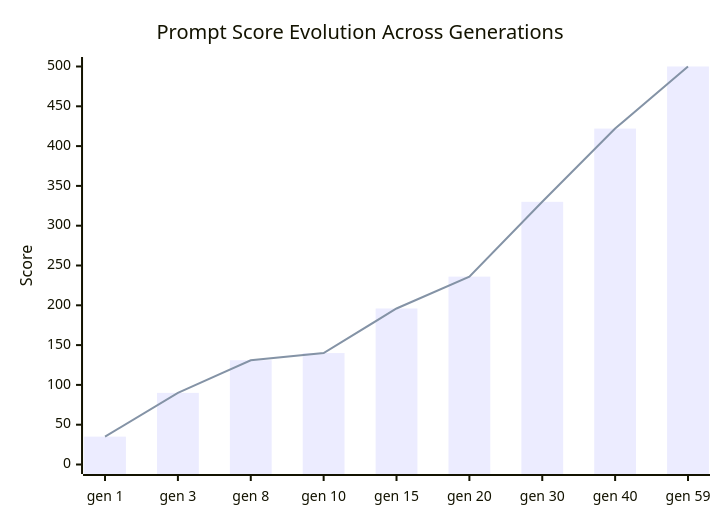
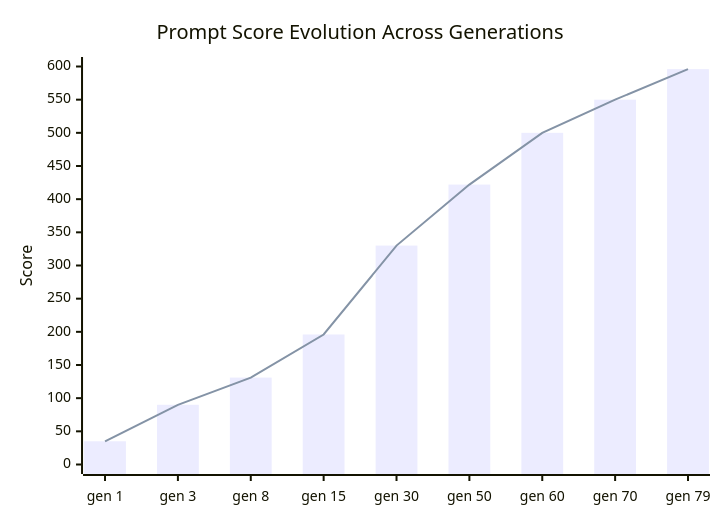
The second of 2 diagrams in README.md (NullLabTests/autoresearch-ai-agent-skeleton), drawn with Mermaid before and after one commit. The commit also changed 5 other files, not shown here.

````diff
--- a/README.md
+++ b/README.md
@@ -43,8 +43,8 @@
 ```mermaid
 xychart-beta
     title "Prompt Score Evolution Across Generations"
-    x-axis ["gen 1", "gen 3", "gen 8", "gen 10", "gen 15", "gen 20", "gen 30", "gen 40", "gen 59"]
-    y-axis "Score" 0 --> 500
-    bar [35, 90, 131, 140, 196, 236, 330, 422, 500]
-    line [35, 90, 131, 140, 196, 236, 330, 422, 500]
+    x-axis ["gen 1", "gen 3", "gen 8", "gen 15", "gen 30", "gen 50", "gen 60", "gen 70", "gen 79"]
+    y-axis "Score" 0 --> 600
+    bar [35, 90, 131, 196, 330, 422, 500, 550, 596]
+    line [35, 90, 131, 196, 330, 422, 500, 550, 596]
 ```
````
